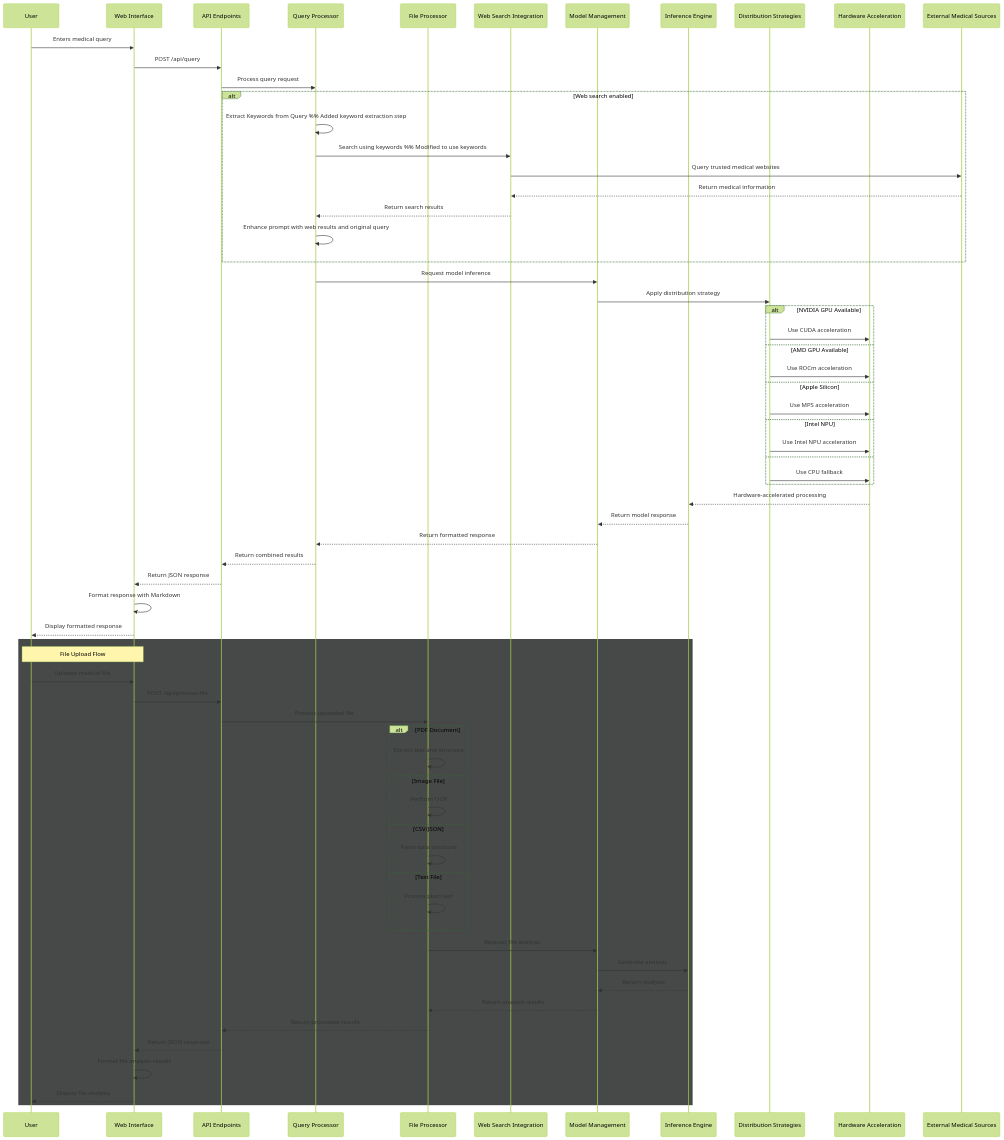
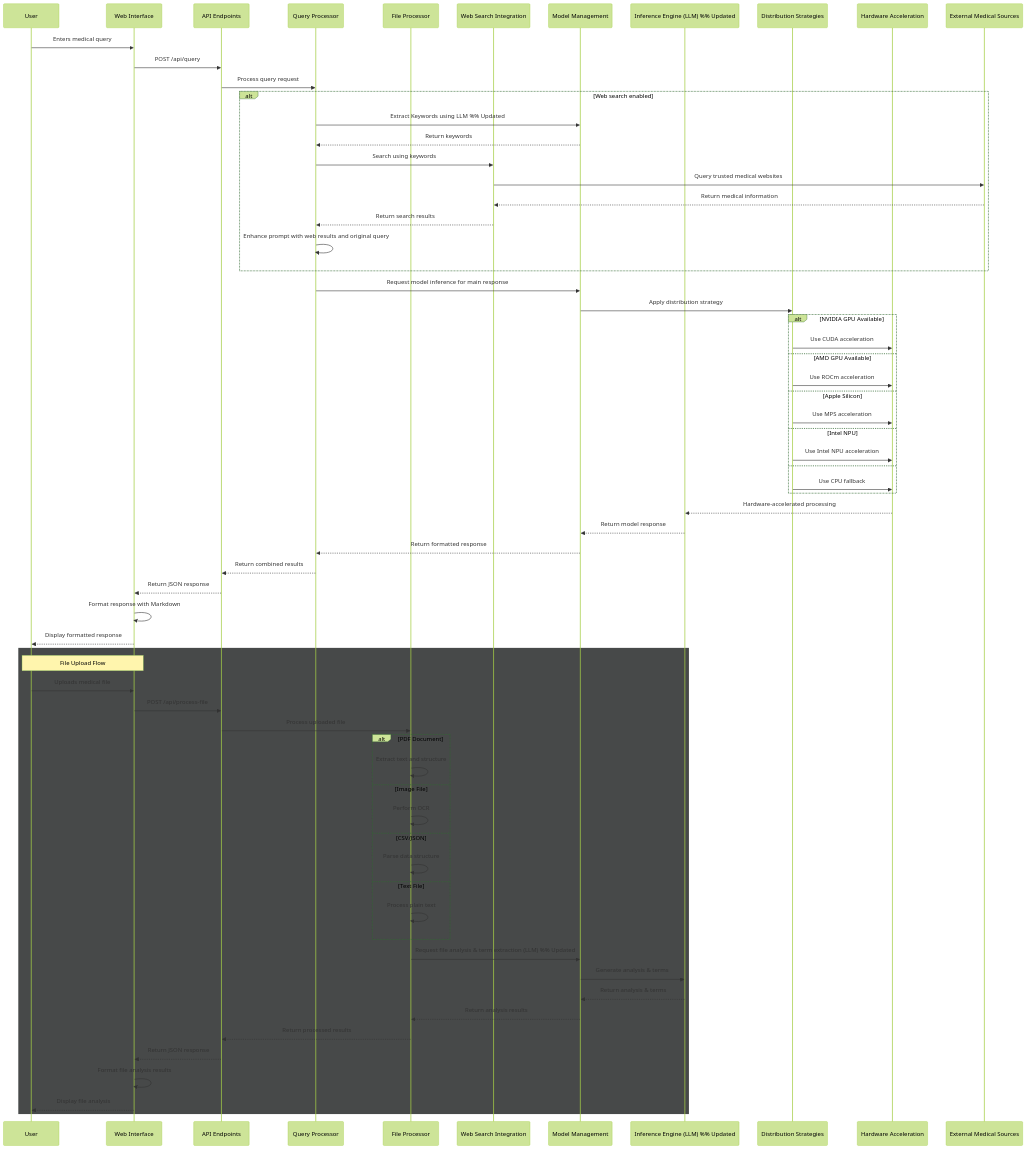
Before and after one commit to aka-0x4C3DD/mastersDegree-finalProject: the second of 2 diagrams in README.md, drawn with Mermaid (forest theme). The commit also changed other lines of this file and 14 other files, not shown here.

Commit message:
Refactor codebase to remove spaCy and scispaCy dependencies, updating file processing and medical term detection to utilize LLM via model manager. Enhance README and requirements documentation accordingly.

```diff
--- a/README.md
+++ b/README.md
@@ -222,7 +219,7 @@
     participant FileProc as File Processor
     participant WebSearch as Web Search Integration
     participant ModelMgmt as Model Management
-    participant InfEngine as Inference Engine
+    participant InfEngine as Inference Engine (LLM) %% Updated
     participant DistStrat as Distribution Strategies
     participant HWAccel as Hardware Acceleration
     participant ExtSrc as External Medical Sources
@@ -234,8 +231,9 @@
     
     %% Web search if enabled
     alt Web search enabled
-        QueryProc->>QueryProc: Extract Keywords from Query %% Added keyword extraction step
-        QueryProc->>WebSearch: Search using keywords %% Modified to use keywords
+        QueryProc->>ModelMgmt: Extract Keywords using LLM %% Updated
+        ModelMgmt-->>QueryProc: Return keywords
+        QueryProc->>WebSearch: Search using keywords
         WebSearch->>ExtSrc: Query trusted medical websites
         ExtSrc-->>WebSearch: Return medical information
         WebSearch-->>QueryProc: Return search results
@@ -243,7 +241,7 @@
     end
     
     %% Model processing
-    QueryProc->>ModelMgmt: Request model inference
+    QueryProc->>ModelMgmt: Request model inference for main response
     ModelMgmt->>DistStrat: Apply distribution strategy
     
     %% Choose appropriate hardware acceleration
@@ -268,8 +266,6 @@
     QueryProc-->>APILayer: Return combined results
     APILayer-->>WebUI: Return JSON response
     WebUI->>WebUI: Format response with Markdown
-    %% Removed the specific highlighting step as it's now optional/potentially removed
-    %% WebUI->>WebUI: Apply medical term highlighting 
     WebUI-->>User: Display formatted response
 
     %% Alternative flow for file upload
@@ -289,9 +285,9 @@
             FileProc->>FileProc: Process plain text
         end
         
-        FileProc->>ModelMgmt: Request file analysis
-        ModelMgmt->>InfEngine: Generate analysis
-        InfEngine-->>ModelMgmt: Return analysis
+        FileProc->>ModelMgmt: Request file analysis & term extraction (LLM) %% Updated
+        ModelMgmt->>InfEngine: Generate analysis & terms
+        InfEngine-->>ModelMgmt: Return analysis & terms
         ModelMgmt-->>FileProc: Return analysis results
         FileProc-->>APILayer: Return processed results
         APILayer-->>WebUI: Return JSON response
```
